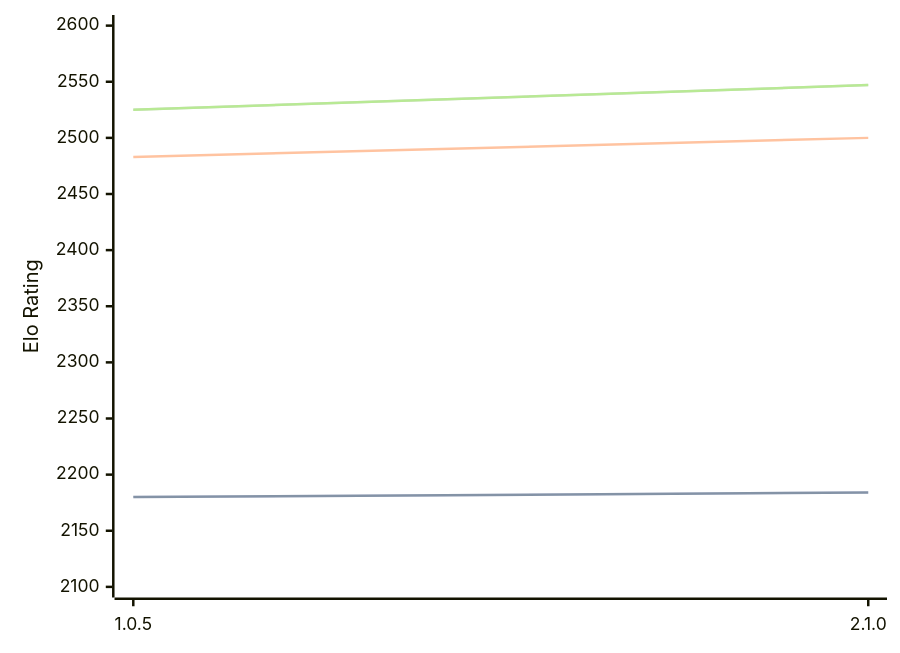
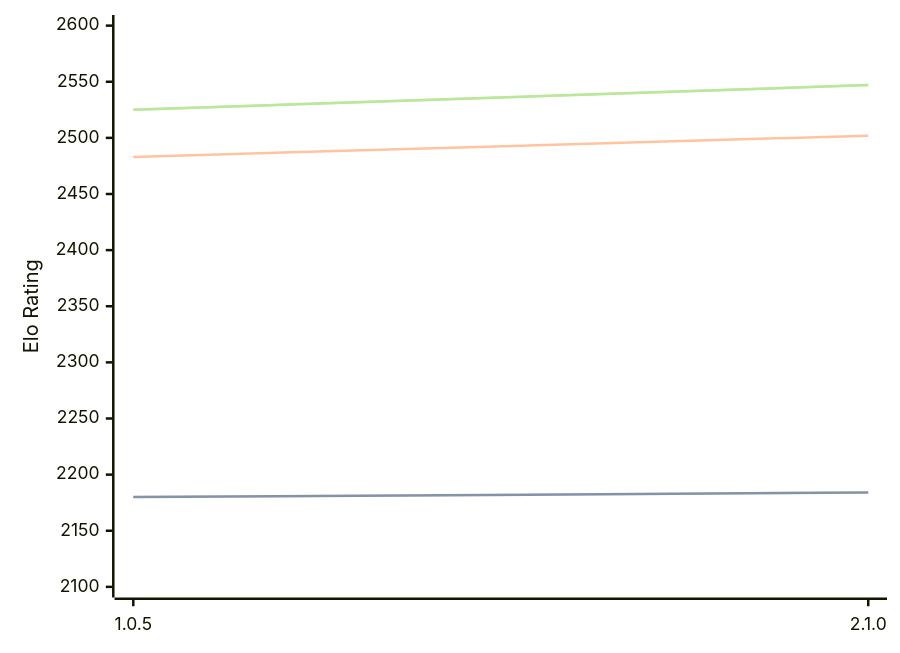
One commit to computer-chess-index/cci changed the diagram in engines/Ruffian.md. Above: the diagram before and after it, drawn with Mermaid. The commit also changed other lines of this file, not shown here.

````diff
--- a/engines/Ruffian.md
+++ b/engines/Ruffian.md
@@ -32,11 +32,11 @@
 ```mermaid
 %%{init: {"theme":"base","themeVariables":{"seriesColors:['#a3a3a3','#222221','#faa371']}}}%%
 xychart-beta
   x-axis ["1.0.5", "2.1.0"]
   y-axis "Elo Rating" 2100 --> 2600
   line "STC (8.0+0.08s)" [2180, 2184]
   line "STC (8.0+0.08s)" [2180, 2184]
-  line "LTC (60.0+0.60s)" [2483, 2500]
+  line "LTC (60.0+0.60s)" [2483, 2502]
   line "VLTC (2m24s+1.12s)" [2525, 2547]
   line "VLTC (2m24s+1.12s)" [2525, 2547]
 ```
````
